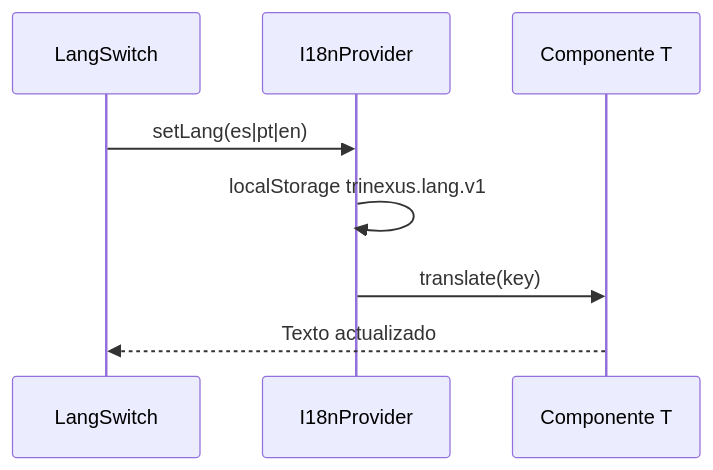
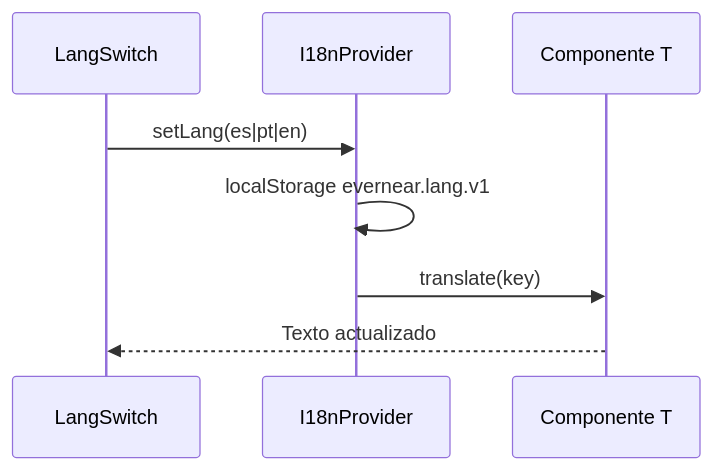
Before and after one commit to evernear-ig/evernear-site: the eighth of 9 diagrams in docs/flujos-usuario.md, drawn with Mermaid. The commit also changed other lines of this file and 264 other files, not shown here.

First line of the commit message:
Rebrand codebase from Trinexus/CONEXA to Evernear.

````diff
--- a/docs/flujos-usuario.md
+++ b/docs/flujos-usuario.md
@@ -143,11 +143,11 @@
 ```mermaid
 sequenceDiagram
   participant LS as LangSwitch
   participant I18n as I18nProvider
   participant T as Componente T
 
   LS->>I18n: setLang(es|pt|en)
-  I18n->>I18n: localStorage trinexus.lang.v1
+  I18n->>I18n: localStorage evernear.lang.v1
   I18n->>T: translate(key)
   T-->>LS: Texto actualizado
 ```
````
